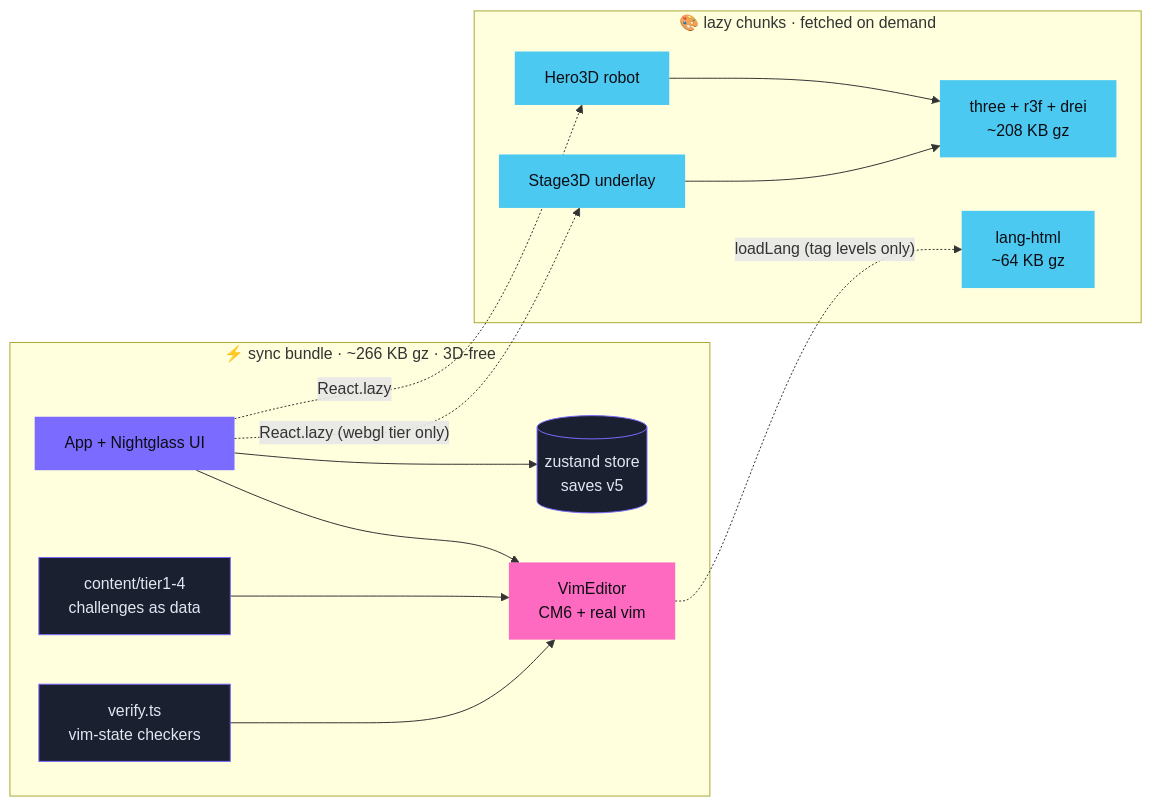
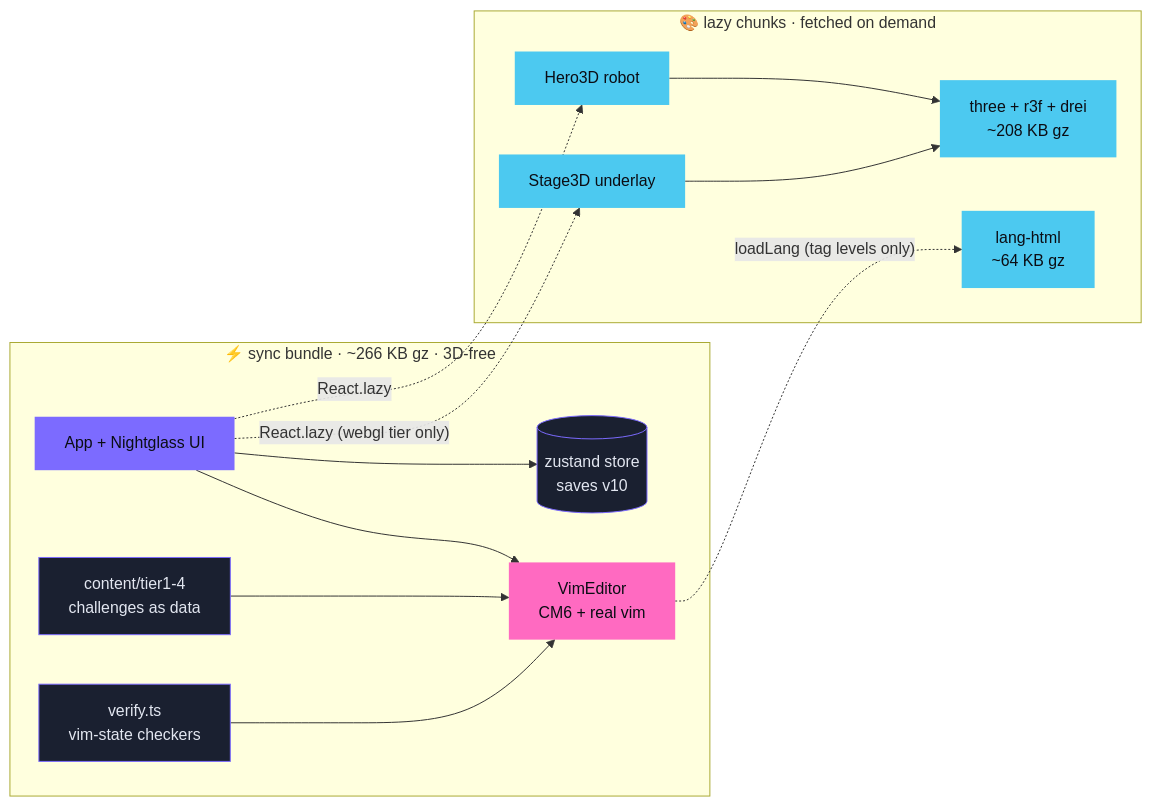
The diagram in README.md (Zeecka/Vimersion), drawn with Mermaid before and after one commit. The commit also changed other lines of this file and 10 other files, not shown here.

````diff
--- a/README.md
+++ b/README.md
@@ -113,30 +152,30 @@
 ```mermaid
 flowchart LR
     subgraph SYNC["⚡ sync bundle · ~266 KB gz · 3D-free"]
         APP[App + Nightglass UI]:::ui
         ED[VimEditor<br>CM6 + real vim]:::core
         CT[content/tier1-4<br>challenges as data]:::data
         VF[verify.ts<br>vim-state checkers]:::data
-        ST[(zustand store<br>saves v5)]:::data
+        ST[(zustand store<br>saves v10)]:::data
         CT --> ED
         VF --> ED
         APP --> ED
         APP --> ST
     end
     subgraph LAZY["🎨 lazy chunks · fetched on demand"]
         S3[Stage3D underlay]:::three
         H3[Hero3D robot]:::three
         TH[three + r3f + drei<br>~208 KB gz]:::three
         LH[lang-html<br>~64 KB gz]:::three
         S3 --> TH
         H3 --> TH
     end
     APP -. "React.lazy (webgl tier only)" .-> S3
     APP -. "React.lazy" .-> H3
     ED -. "loadLang (tag levels only)" .-> LH
 
     classDef ui fill:#7c6bff,color:#0b0d14,stroke:none
     classDef core fill:#ff6ac1,color:#0b0d14,stroke:none
     classDef data fill:#1a2030,color:#e2e6f0,stroke:#7c6bff
     classDef three fill:#4cc9f0,color:#0b0d14,stroke:none
 ```
````
